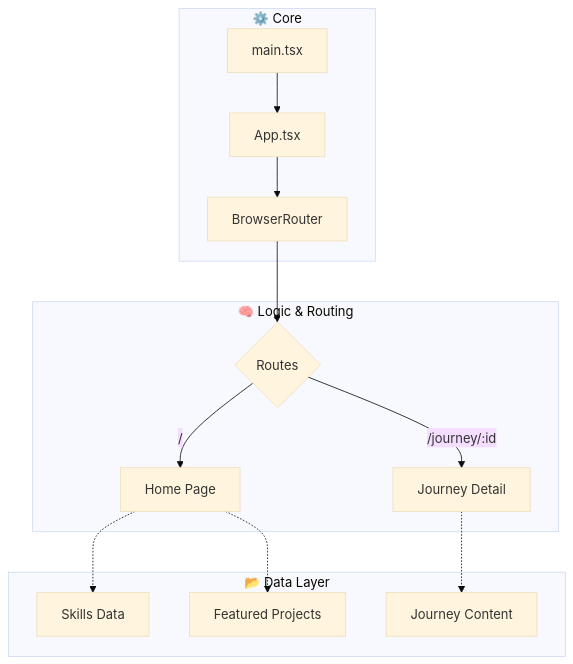
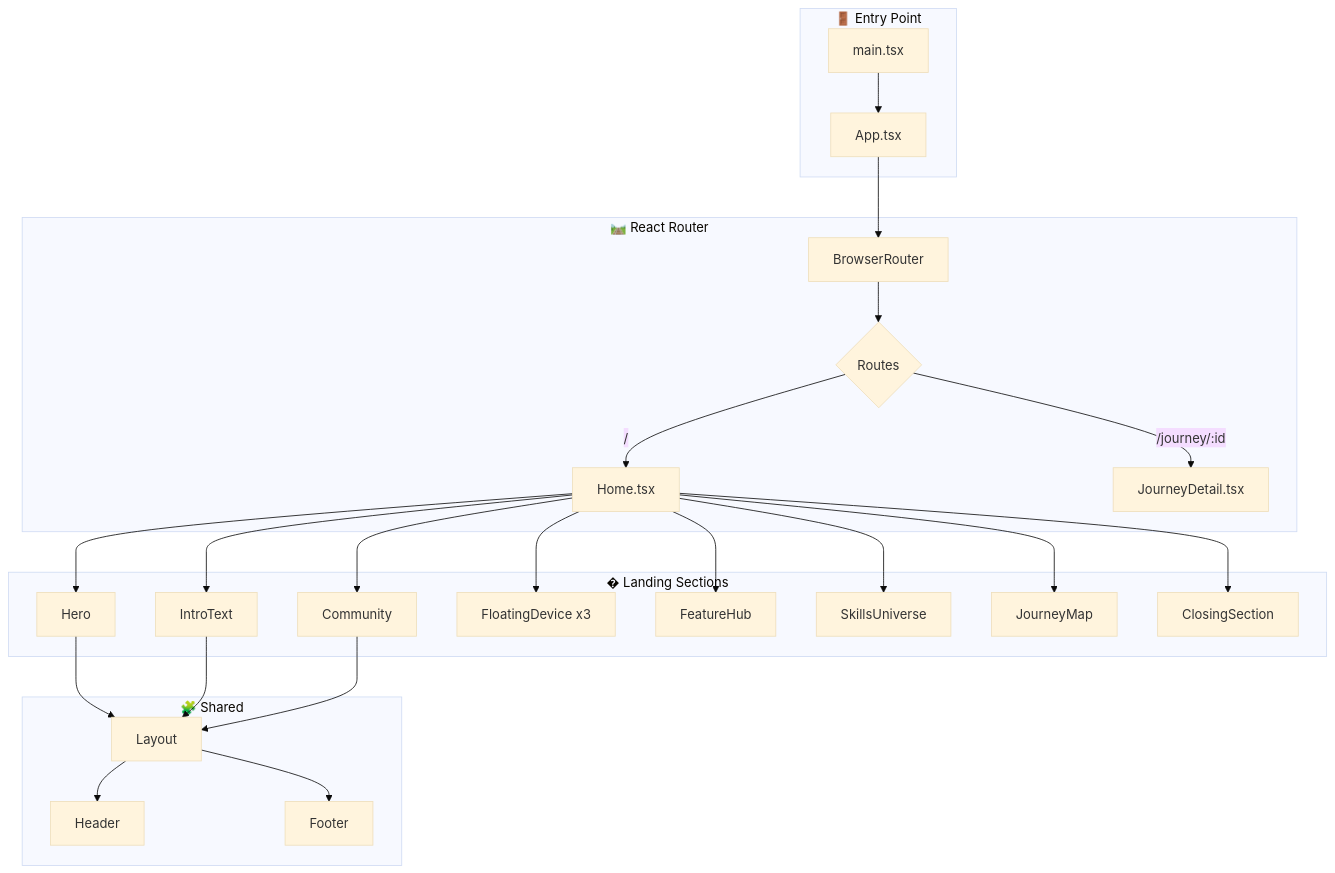
The second of 4 diagrams in README.md (every-git/dokyungja-home), drawn with Mermaid (base theme) before and after one commit. The commit also changed other lines of this file, not shown here.

````diff
--- a/README.md
+++ b/README.md
@@ -39,19 +74,30 @@
 ```mermaid
 graph TB
-    subgraph Core["⚙️ Core"]
+    subgraph Entry["🚪 Entry Point"]
         A[main.tsx] --> B[App.tsx]
-        B --> C[BrowserRouter]
     end
     
-    subgraph AppLogic["🧠 Logic & Routing"]
+    subgraph Router["🛤️ React Router"]
+        B --> C[BrowserRouter]
         C --> D{Routes}
-        D -->|/| E[Home Page]
-        D -->|/journey/:id| F[Journey Detail]
+        D -->|/| E[Home.tsx]
+        D -->|/journey/:id| F[JourneyDetail.tsx]
     end
     
-    subgraph Data["📂 Data Layer"]
-        E -.-> S1[Skills Data]
-        E -.-> S2[Featured Projects]
-        F -.-> S3[Journey Content]
+    subgraph Sections["� Landing Sections"]
+        E --> S1[Hero]
+        E --> S2[IntroText]
+        E --> S3[Community]
+        E --> S4[FloatingDevice x3]
+        E --> S5[FeatureHub]
+        E --> S6[SkillsUniverse]
+        E --> S7[JourneyMap]
+        E --> S8[ClosingSection]
+    end
+    
+    subgraph Shared["🧩 Shared"]
+        S1 & S2 & S3 --> L[Layout]
+        L --> H[Header]
+        L --> FT[Footer]
     end
 ```
````
